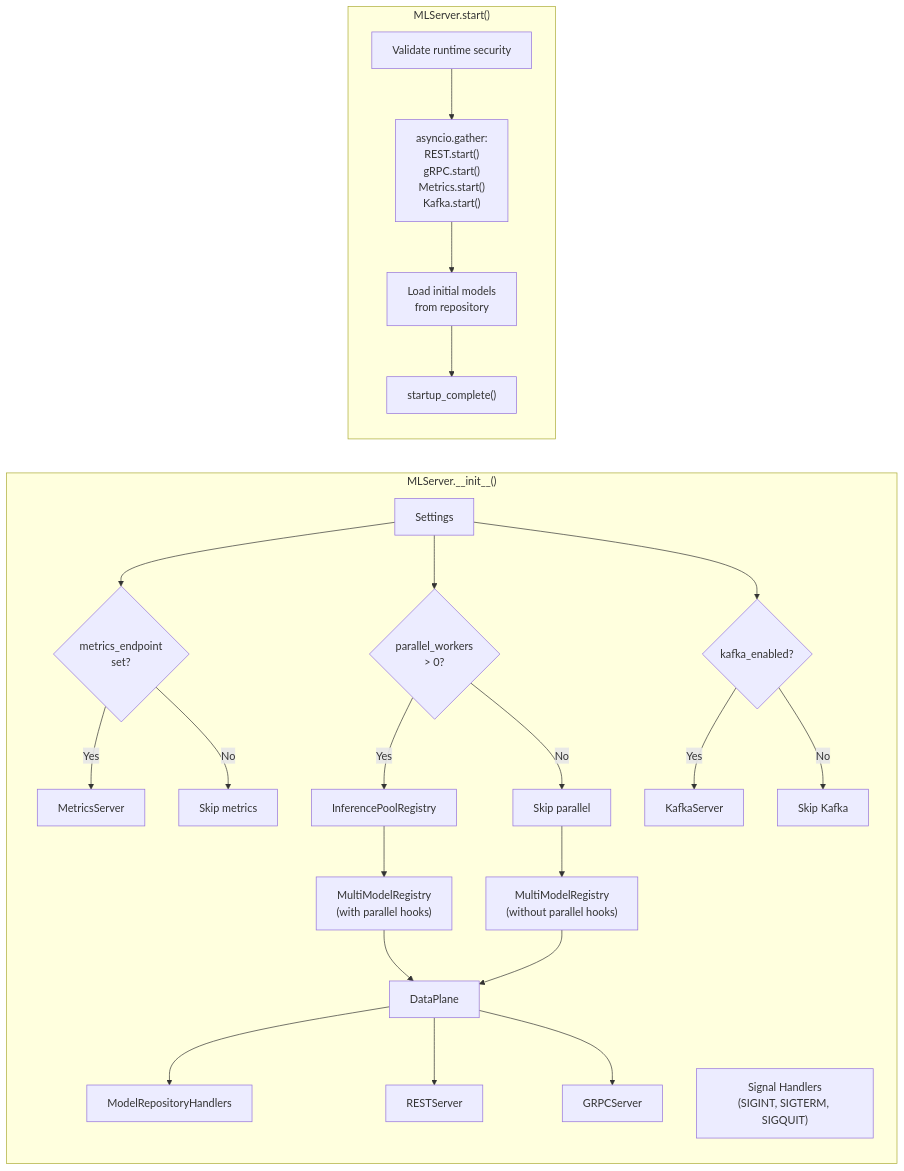
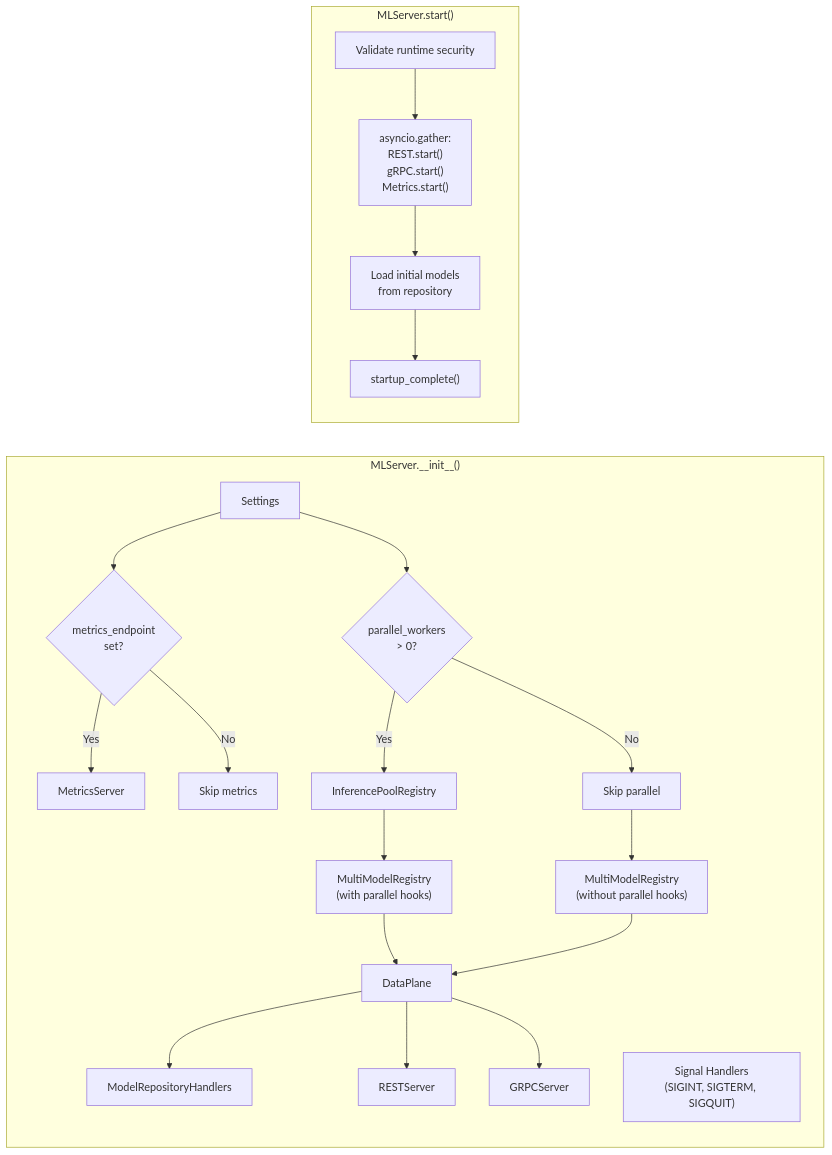
One commit to Snomaan6846/MLServer changed the ninth of 9 diagrams in docs/engineering/architecture.md. Above: the diagram before and after it, drawn with Mermaid. The commit also changed other lines of this file and 41 other files, not shown here.

````diff
--- a/docs/engineering/architecture.md
+++ b/docs/engineering/architecture.md
@@ -730,38 +723,34 @@
 ```mermaid
 flowchart LR
     subgraph "MLServer.__init__()"
         direction TB
         S["Settings"]
         SIG["Signal Handlers<br/>(SIGINT, SIGTERM, SIGQUIT)"]
 
         S --> MS_CHECK{"metrics_endpoint<br/>set?"}
         MS_CHECK -->|"Yes"| METRICS["MetricsServer"]
         MS_CHECK -->|"No"| SKIP_M["Skip metrics"]
 
         S --> PW_CHECK{"parallel_workers<br/>> 0?"}
         PW_CHECK -->|"Yes"| IPR["InferencePoolRegistry"]
         PW_CHECK -->|"No"| SKIP_P["Skip parallel"]
 
         IPR --> MMR["MultiModelRegistry<br/>(with parallel hooks)"]
         SKIP_P --> MMR2["MultiModelRegistry<br/>(without parallel hooks)"]
 
         MMR --> DP["DataPlane"]
         MMR2 --> DP
         DP --> MRH["ModelRepositoryHandlers"]
 
         DP --> REST_S["RESTServer"]
         DP --> GRPC_S["GRPCServer"]
-
-        S --> K_CHECK{"kafka_enabled?"}
-        K_CHECK -->|"Yes"| KAFKA_S["KafkaServer"]
-        K_CHECK -->|"No"| SKIP_K["Skip Kafka"]
     end
 
     subgraph "MLServer.start()"
         direction TB
         SEC["Validate runtime security"]
-        SEC --> START_ALL["asyncio.gather:<br/>REST.start()<br/>gRPC.start()<br/>Metrics.start()<br/>Kafka.start()"]
+        SEC --> START_ALL["asyncio.gather:<br/>REST.start()<br/>gRPC.start()<br/>Metrics.start()"]
         START_ALL --> LOAD["Load initial models<br/>from repository"]
         LOAD --> READY["startup_complete()"]
     end
 ```
````
